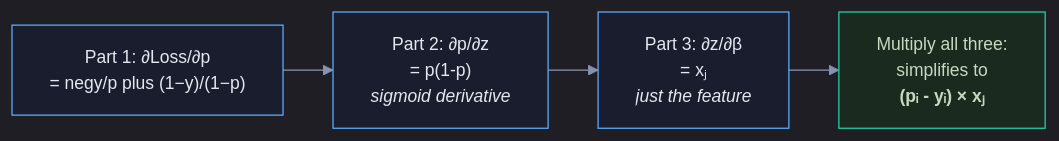
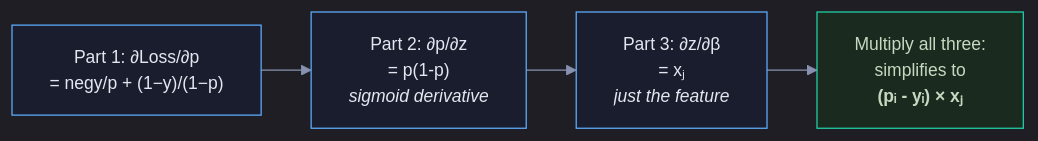
The fifth of 9 diagrams in Documents/Visual_Guides/ML_Concepts/Logistic_Regression_Visual.md (snehith1234/StudyCircle), drawn with Mermaid before and after one commit. The commit also changed other lines of this file and 10 other files, not shown here.

First line of the commit message:
Fix Mermaid formatting and add RNN/LSTM guides

````diff
--- a/Documents/Visual_Guides/ML_Concepts/Logistic_Regression_Visual.md
+++ b/Documents/Visual_Guides/ML_Concepts/Logistic_Regression_Visual.md
@@ -171,12 +171,12 @@
 ```mermaid
 %%{init: {'theme': 'dark', 'themeVariables': {'darkMode': true, 'background': '#0e1117', 'primaryColor': '#1a1d2e', 'primaryTextColor': '#e2e8f0', 'primaryBorderColor': '#2d3148', 'lineColor': '#8892b0', 'secondaryColor': '#252840', 'tertiaryColor': '#1a1d2e', 'fontSize': '14px', 'edgeLabelBackground': '#0e1117'}, 'flowchart': {'nodeSpacing': 30, 'rankSpacing': 40, 'padding': 15, 'htmlLabels': true}}}%%
 graph LR
-    C1["Part 1: ∂Loss/∂p<br/>= negy/p plus (1−y)/(1−p)"] --> C2["Part 2: ∂p/∂z<br/>= p(1-p)<br/><i>sigmoid derivative</i>"]
+    C1["Part 1: ∂Loss/∂p<br/>= negy/p + (1−y)/(1−p)"] --> C2["Part 2: ∂p/∂z<br/>= p(1-p)<br/><i>sigmoid derivative</i>"]
     C2 --> C3["Part 3: ∂z/∂β<br/>= xⱼ<br/><i>just the feature</i>"]
     C3 --> RESULT["Multiply all three:<br/>simplifies to<br/><b>(pᵢ - yᵢ) × xⱼ</b>"]
 
     style C1 fill:#1a1d2e,stroke:#5eaeff,color:#e2e8f0
     style C2 fill:#1a1d2e,stroke:#5eaeff,color:#e2e8f0
     style C3 fill:#1a1d2e,stroke:#5eaeff,color:#e2e8f0
     style RESULT fill:#1a2a1f,stroke:#22d3a7,color:#c8d8c0
 ```
````
